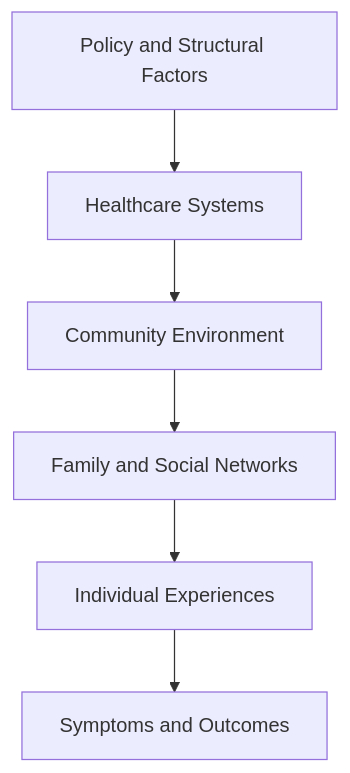
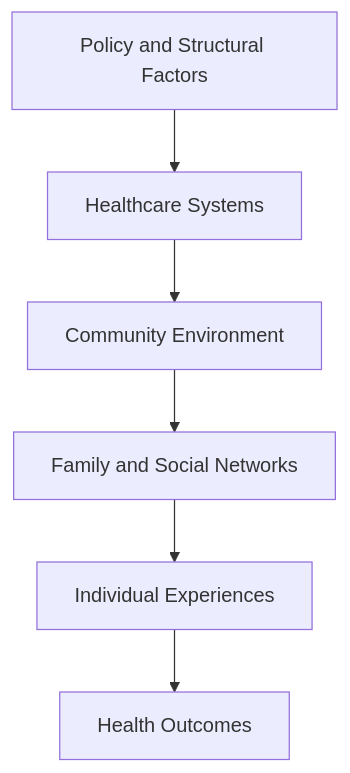
Before and after one commit to wellsa1-uthscsa/pert-field-guide: the diagram in chapters/04_Thinking_Like_a_Population_Health_Researcher.md, drawn with Mermaid. The commit also changed other lines of this file and 1 other file, not shown here.

````diff
--- a/chapters/04_Thinking_Like_a_Population_Health_Researcher.md
+++ b/chapters/04_Thinking_Like_a_Population_Health_Researcher.md
@@ -193,14 +79,14 @@
 ```mermaid
 flowchart TD
 
 A[Policy and Structural Factors]
 --> B[Healthcare Systems]
 
 B --> C[Community Environment]
 
 C --> D[Family and Social Networks]
 
 D --> E[Individual Experiences]
 
-E --> F[Symptoms and Outcomes]
+E --> F[Health Outcomes]
 ```
````
